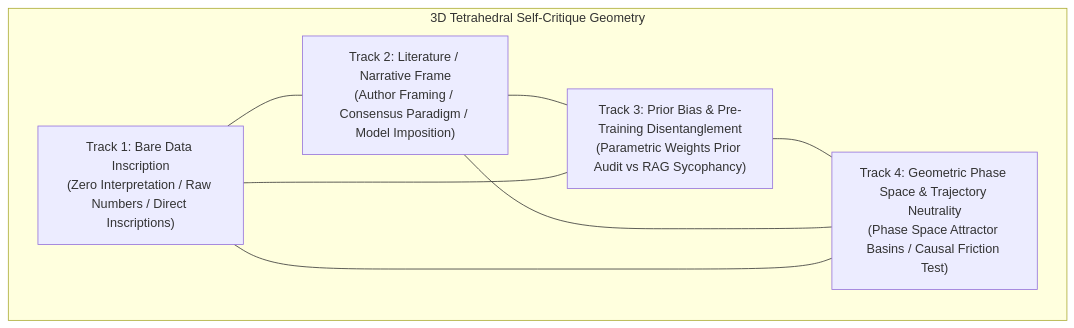
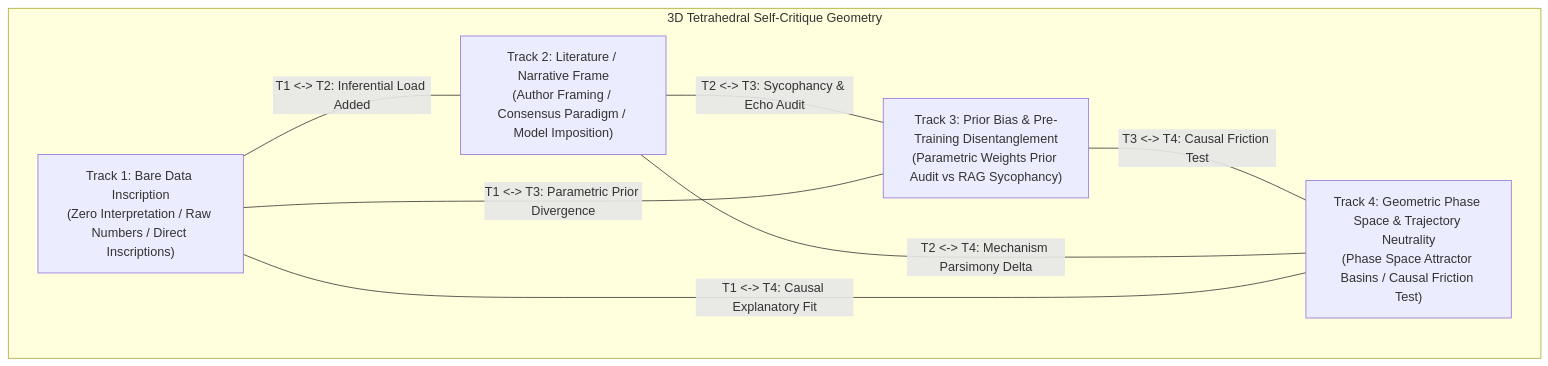
The third of 4 diagrams in PRESUPPOSITIONAL_RAG.md (Fractal-Deployment/twinglass-pack), drawn with Mermaid before and after one commit. The commit also changed other lines of this file and 3 other files, not shown here.

````diff
--- a/PRESUPPOSITIONAL_RAG.md
+++ b/PRESUPPOSITIONAL_RAG.md
@@ -218,15 +229,15 @@
 ```mermaid
 flowchart TD
     subgraph TETRAHEDRON ["3D Tetrahedral Self-Critique Geometry"]
         T1["Track 1: Bare Data Inscription\n(Zero Interpretation / Raw Numbers / Direct Inscriptions)"]
         T2["Track 2: Literature / Narrative Frame\n(Author Framing / Consensus Paradigm / Model Imposition)"]
         T3["Track 3: Prior Bias & Pre-Training Disentanglement\n(Parametric Weights Prior Audit vs RAG Sycophancy)"]
         T4["Track 4: Geometric Phase Space & Trajectory Neutrality\n(Phase Space Attractor Basins / Causal Friction Test)"]
     end
-    T1 --- T2
-    T2 --- T3
-    T3 --- T4
-    T4 --- T1
-    T1 --- T3
-    T2 --- T4
+    T1 ---|"T1 <-> T2: Inferential Load Added"| T2
+    T2 ---|"T2 <-> T3: Sycophancy & Echo Audit"| T3
+    T3 ---|"T3 <-> T4: Causal Friction Test"| T4
+    T4 ---|"T1 <-> T4: Causal Explanatory Fit"| T1
+    T1 ---|"T1 <-> T3: Parametric Prior Divergence"| T3
+    T2 ---|"T2 <-> T4: Mechanism Parsimony Delta"| T4
 ```
````
